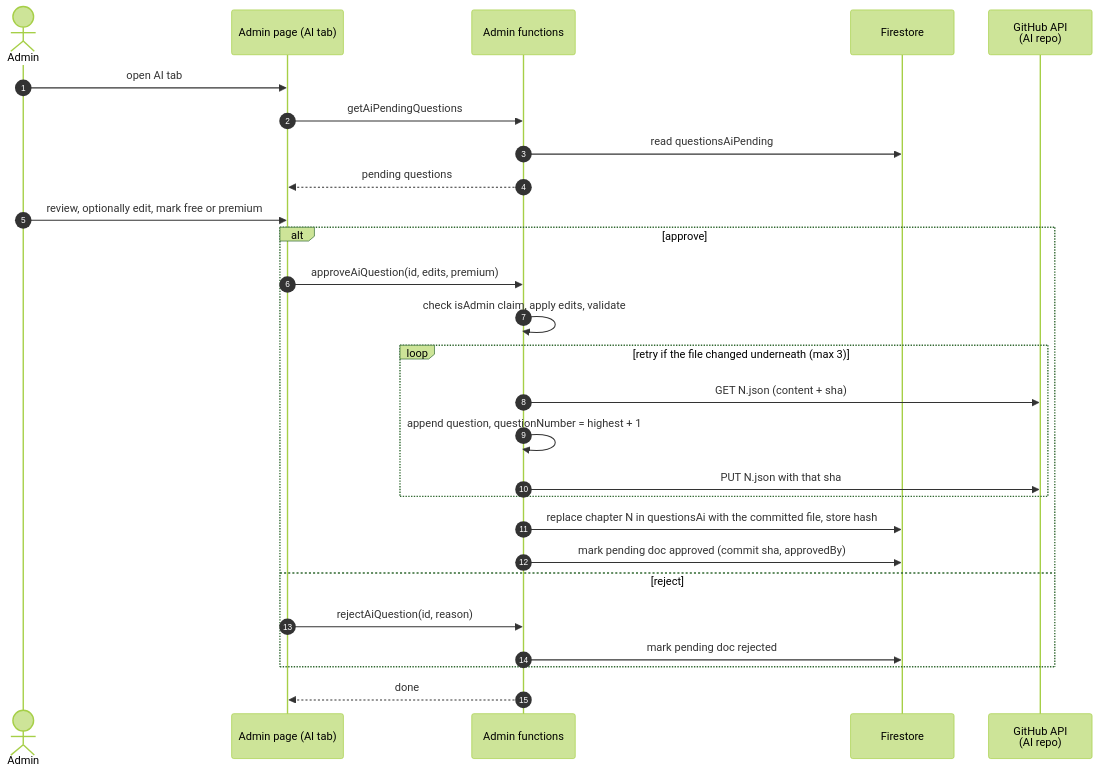
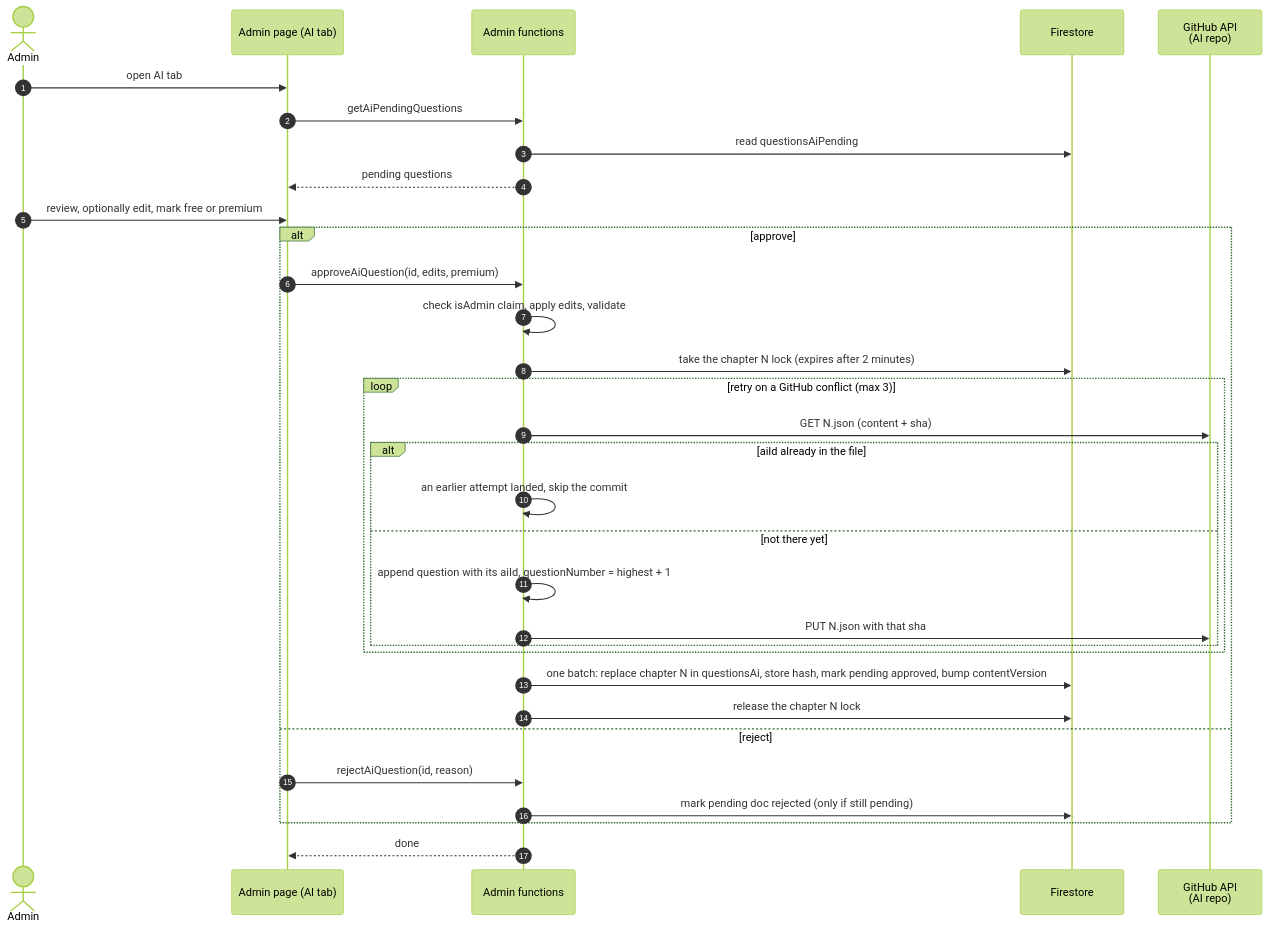
One commit to alexmcdermid/real-estate-quest changed the third of 5 diagrams in docs/ai-question-flow.md. Above: the diagram before and after it, drawn with Mermaid (forest theme). The commit also changed other lines of this file, not shown here.

First line of the commit message:
docs: address review of the AI question plan

````diff
--- a/docs/ai-question-flow.md
+++ b/docs/ai-question-flow.md
@@ -92,30 +92,35 @@
 ```mermaid
 sequenceDiagram
   autonumber
   actor A as Admin
   participant UI as Admin page (AI tab)
   participant FN as Admin functions
   participant F as Firestore
   participant GH as GitHub API<br/>(AI repo)
 
   A->>UI: open AI tab
   UI->>FN: getAiPendingQuestions
   FN->>F: read questionsAiPending
   FN-->>UI: pending questions
   A->>UI: review, optionally edit, mark free or premium
   alt approve
     UI->>FN: approveAiQuestion(id, edits, premium)
     FN->>FN: check isAdmin claim, apply edits, validate
-    loop retry if the file changed underneath (max 3)
+    FN->>F: take the chapter N lock (expires after 2 minutes)
+    loop retry on a GitHub conflict (max 3)
       FN->>GH: GET N.json (content + sha)
-      FN->>FN: append question, questionNumber = highest + 1
-      FN->>GH: PUT N.json with that sha
+      alt aiId already in the file
+        FN->>FN: an earlier attempt landed, skip the commit
+      else not there yet
+        FN->>FN: append question with its aiId, questionNumber = highest + 1
+        FN->>GH: PUT N.json with that sha
+      end
     end
-    FN->>F: replace chapter N in questionsAi with the committed file, store hash
-    FN->>F: mark pending doc approved (commit sha, approvedBy)
+    FN->>F: one batch: replace chapter N in questionsAi, store hash, mark pending approved, bump contentVersion
+    FN->>F: release the chapter N lock
   else reject
     UI->>FN: rejectAiQuestion(id, reason)
-    FN->>F: mark pending doc rejected
+    FN->>F: mark pending doc rejected (only if still pending)
   end
   FN-->>UI: done
 ```
````
